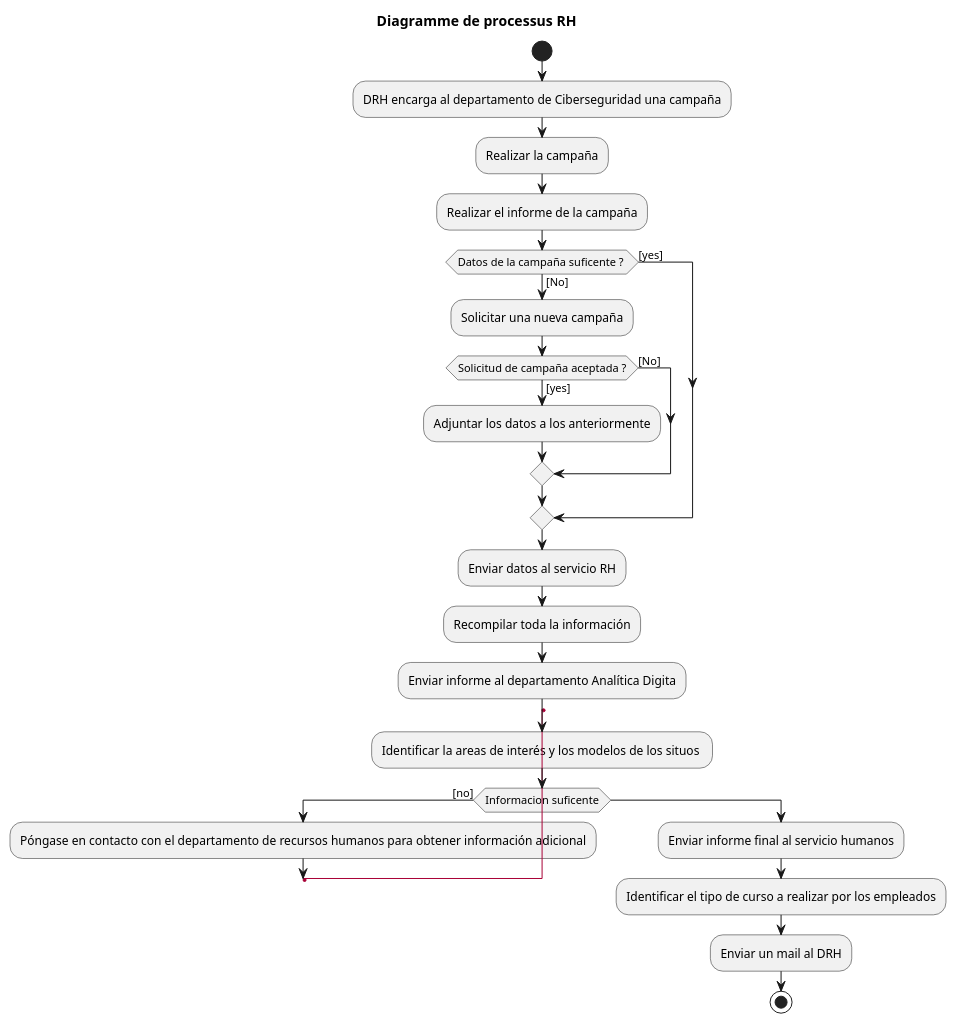
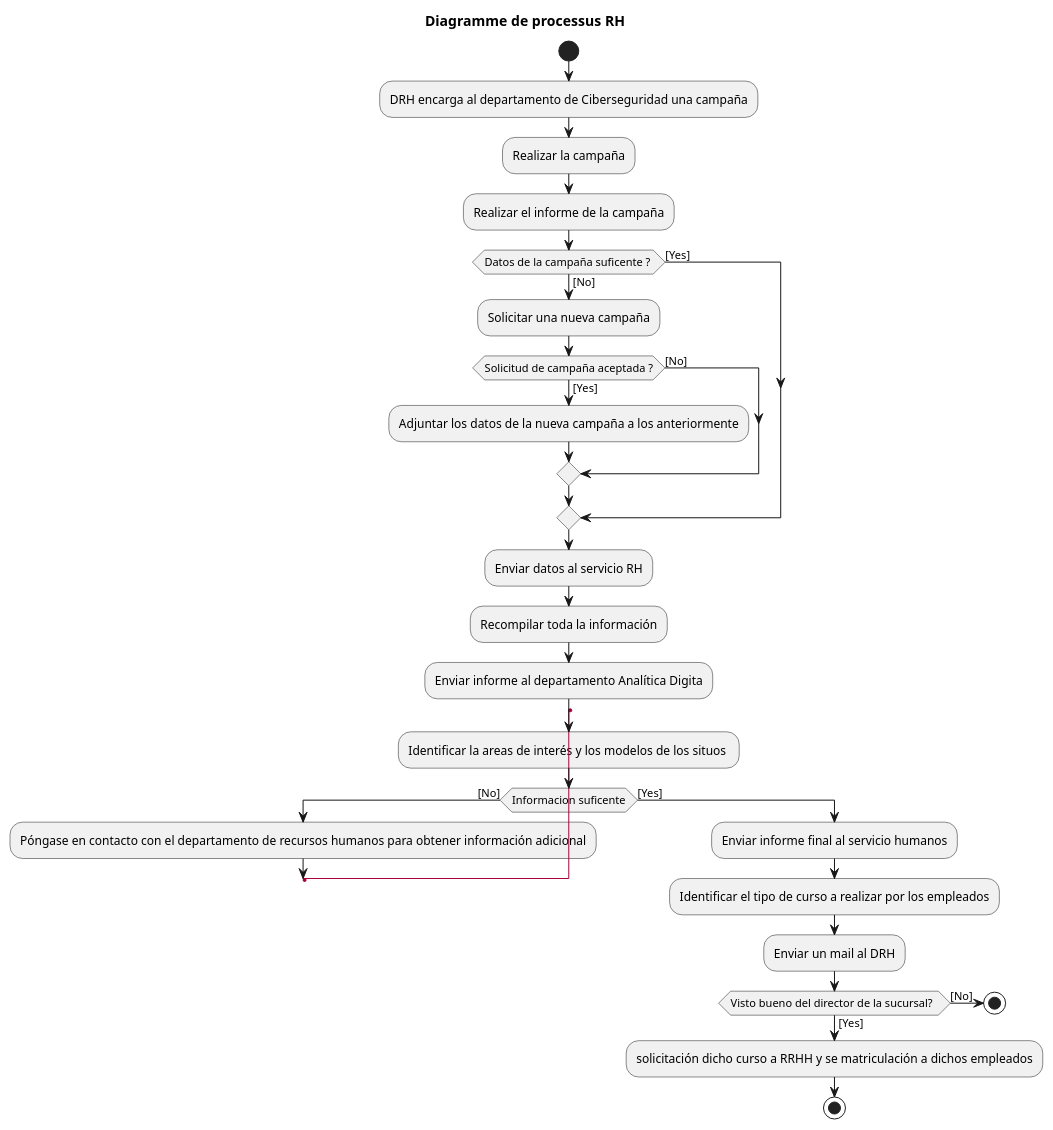
One commit to Flav1en/Practica1_SI changed the diagram in diagrama/Uml.plantuml. Above: the diagram before and after it, drawn with PlantUML.

Commit message:
update UML

```diff
--- a/diagrama/Uml.plantuml
+++ b/diagrama/Uml.plantuml
@@ -1,30 +1,34 @@
 @startuml
 skinparam rankdir TB
 title Diagramme de processus RH
 
 start
 :DRH encarga al departamento de Ciberseguridad una campaña;
 :Realizar la campaña;
 :Realizar el informe de la campaña;
-if (Datos de la campaña suficente ? ) then ([yes])
+if (Datos de la campaña suficente ? ) then ([Yes])
 else ([No])
   :Solicitar una nueva campaña;
-  if (Solicitud de campaña aceptada ?) then ([yes])
-    :Adjuntar los datos a los anteriormente;
+  if (Solicitud de campaña aceptada ?) then ([Yes])
+    :Adjuntar los datos de la nueva campaña a los anteriormente;
   else ([No])
   endif
 endif
 :Enviar datos al servicio RH;
 :Recompilar toda la información;
 :Enviar informe al departamento Analítica Digita;
 label identificatar;
 :Identificar la areas de interés y los modelos de los situos ;
-if(Informacion suficente) then ([no])
+if(Informacion suficente) then ([No])
   :Póngase en contacto con el departamento de recursos humanos para obtener información adicional;
   goto identificatar
-else 
+else ([Yes])
   :Enviar informe final al servicio humanos;
   :Identificar el tipo de curso a realizar por los empleados;
   :Enviar un mail al DRH;
-stop
+if (Visto bueno del director de la sucursal?  ) then ([Yes])
+  :solicitación dicho curso a RRHH y se matriculación a dichos empleados;
+  stop
+else ([No])
+  stop
 @enduml
```
